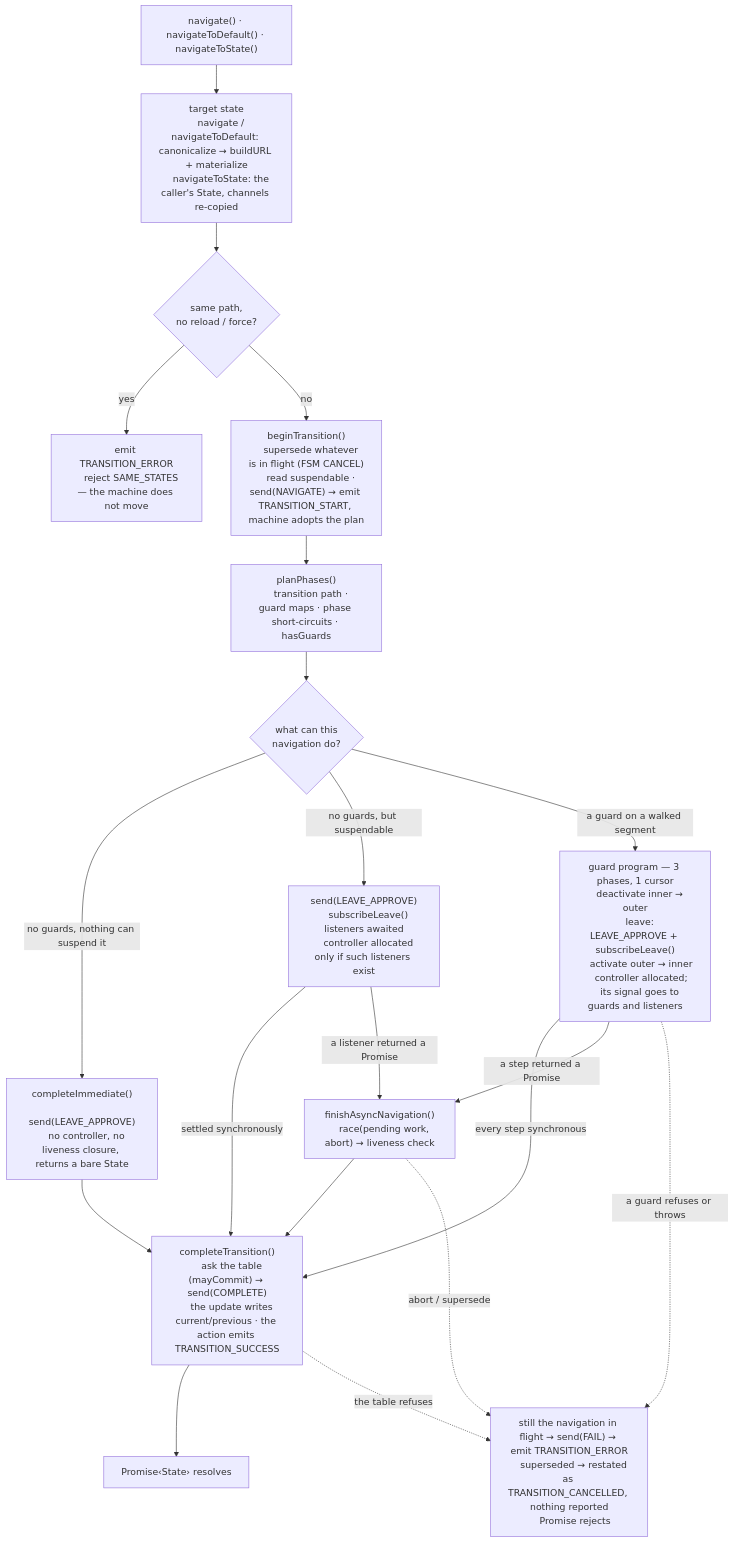
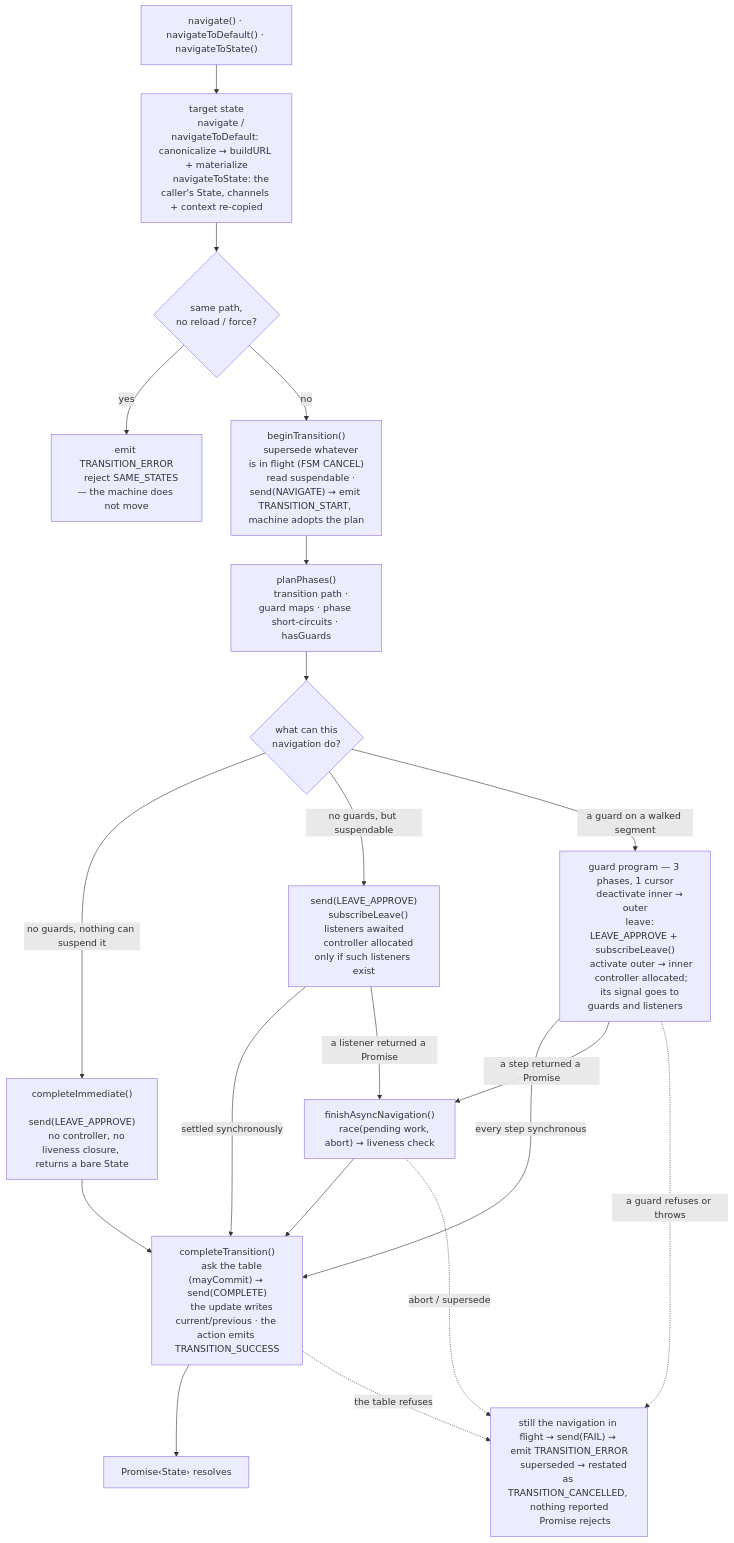
Before and after one commit to greydragon888/real-router: the third of 3 diagrams in ARCHITECTURE.md, drawn with Mermaid. The commit also changed other lines of this file and 11 other files, not shown here.

````diff
--- a/ARCHITECTURE.md
+++ b/ARCHITECTURE.md
@@ -379,60 +379,60 @@
 ```mermaid
 flowchart TD
     ENTRY["navigate() · navigateToDefault() · navigateToState()"] --> BUILD
 
     BUILD["target state
     navigate / navigateToDefault: canonicalize → buildURL + materialize
-    navigateToState: the caller's State, channels re-copied"] --> SAME
+    navigateToState: the caller's State, channels + context re-copied"] --> SAME
 
     SAME{"same path,
     no reload / force?"}
     SAME -->|yes| SAMEERR["emit TRANSITION_ERROR
     reject SAME_STATES — the machine does not move"]
 
     SAME -->|no| BEGIN["beginTransition()
     supersede whatever is in flight (FSM CANCEL)
     read suspendable · send(NAVIGATE) → emit TRANSITION_START, machine adopts the plan"]
 
     BEGIN --> PLAN["planPhases()
     transition path · guard maps · phase short-circuits · hasGuards"]
 
     PLAN --> ARC{"what can this
     navigation do?"}
 
     ARC -->|"no guards, nothing can suspend it"| IMMEDIATE["completeImmediate()
     send(LEAVE_APPROVE)
     no controller, no liveness closure, returns a bare State"]
 
     ARC -->|"no guards, but suspendable"| LEAVE["send(LEAVE_APPROVE)
     subscribeLeave() listeners awaited
     controller allocated only if such listeners exist"]
 
     ARC -->|"a guard on a walked segment"| GUARDS["guard program — 3 phases, 1 cursor
     deactivate inner → outer
     leave: LEAVE_APPROVE + subscribeLeave()
     activate outer → inner
     controller allocated;
     its signal goes to guards and listeners"]
 
     IMMEDIATE --> COMPLETE
     LEAVE -->|"settled synchronously"| COMPLETE
     GUARDS -->|"every step synchronous"| COMPLETE
     LEAVE -->|"a listener returned a Promise"| ASYNC
     GUARDS -->|"a step returned a Promise"| ASYNC
 
     ASYNC["finishAsyncNavigation()
     race(pending work, abort) → liveness check"] --> COMPLETE
 
     COMPLETE["completeTransition()
     ask the table (mayCommit) → send(COMPLETE)
     the update writes current/previous · the action emits TRANSITION_SUCCESS"]
     COMPLETE --> RESOLVE["Promise‹State› resolves"]
 
     GUARDS -.->|"a guard refuses or throws"| ERR
     ASYNC -.->|"abort / supersede"| ERR
     COMPLETE -.->|"the table refuses"| ERR
 
     ERR["still the navigation in flight → send(FAIL) → emit TRANSITION_ERROR
     superseded → restated as TRANSITION_CANCELLED, nothing reported
     Promise rejects"]
 ```
````
